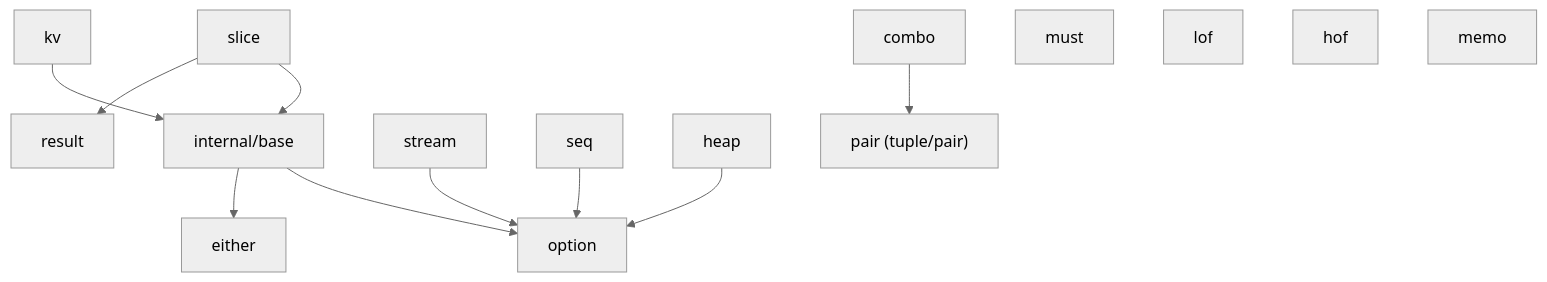
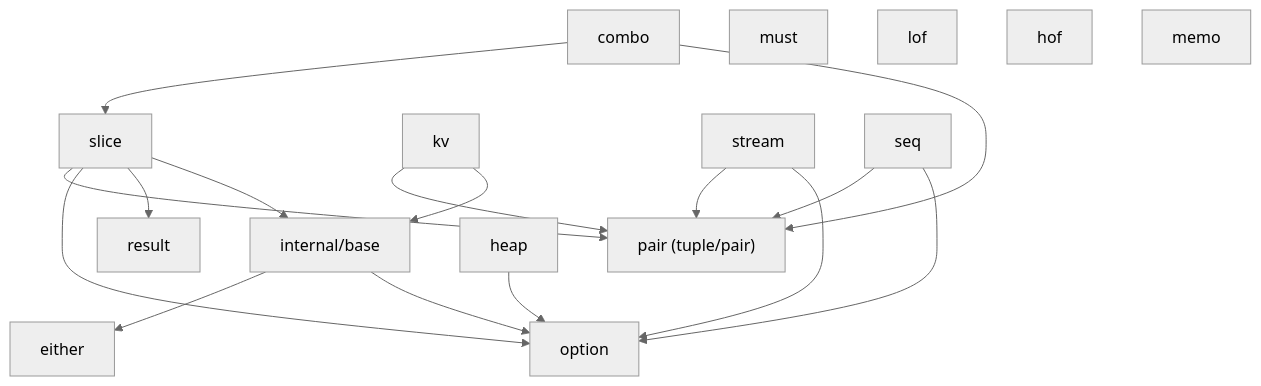
One commit to binaryphile/fluentfp changed the diagram in docs/design.md. Above: the diagram before and after it, drawn with Mermaid (neutral theme). The commit also changed other lines of this file and 7 other files, not shown here.

Commit message:
feat: return slice.Mapper from all combo functions

````diff
--- a/docs/design.md
+++ b/docs/design.md
@@ -7,18 +7,24 @@
 ```mermaid
 flowchart TD
     base["internal/base"] --> option
     base --> either
     slice --> base
     slice --> result
+    slice --> option
+    slice --> pair
     kv --> base
+    kv --> pair
     result
     stream --> option
+    stream --> pair
     seq --> option
+    seq --> pair
     heap --> option
     combo --> pair
+    combo --> slice
     pair["pair (tuple/pair)"]
     must
     lof
     hof
     memo
 ```
````
